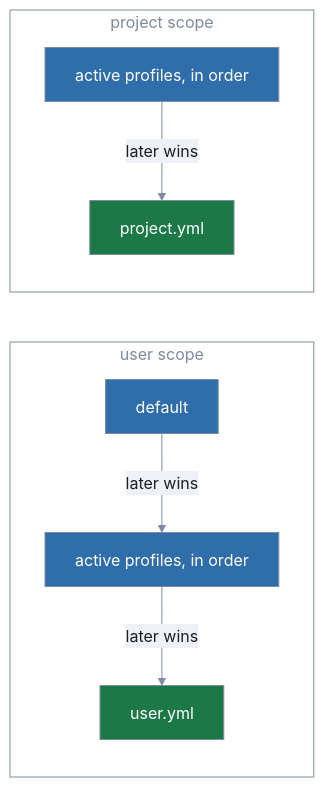
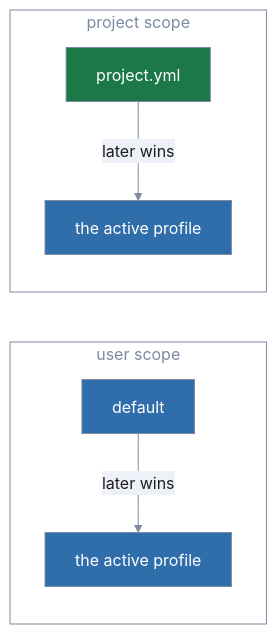
One commit to trevor-vaughan/lola-go changed the second of 4 diagrams in docs/decisions.md. Above: the diagram before and after it, drawn with Mermaid. The commit also changed other lines of this file and 301 other files, not shown here.

First line of the commit message:
feat(profile): one active profile over a base, picks, lola.yml catalogs and native-executable warnings

````diff
--- a/docs/decisions.md
+++ b/docs/decisions.md
@@ -207,29 +259,29 @@
 ```mermaid
 %%{init: {'theme': 'base', 'themeVariables': {
   'primaryColor': '#2f6dab',
   'primaryTextColor': '#1e1e1e',
   'primaryBorderColor': '#7c8ba1',
   'lineColor': '#7c8ba1',
   'edgeLabelBackground': '#eef2f8',
   'tertiaryColor': 'transparent',
   'tertiaryTextColor': '#7c8ba1',
   'tertiaryBorderColor': '#7c8ba1',
   'clusterBkg': 'transparent',
   'clusterBorder': '#7c8ba1',
   'titleColor': '#7c8ba1',
   'noteBkgColor': '#eef2f8',
   'noteTextColor': '#1e1e1e',
   'fontFamily': 'system-ui, sans-serif'
 }, 'themeCSS': '.node .nodeLabel{color:#ffffff!important;fill:#ffffff!important;}'}}%%
 flowchart LR
   subgraph userscope["user scope"]
-    D[default] -->|later wins| UP["active profiles, in order"] -->|later wins| U[user.yml]
+    D[default] -->|later wins| UP["the active profile"]
   end
   subgraph projectscope["project scope"]
-    PP["active profiles, in order"] -->|later wins| P[project.yml]
+    P[project.yml] -->|later wins| PP["the active profile"]
   end
   classDef sysA fill:#2f6dab,color:#ffffff,stroke:#7c8ba1
   classDef sysB fill:#1d7848,color:#ffffff,stroke:#7c8ba1
   class D,UP,PP sysA
-  class U,P sysB
+  class P sysB
 ```
````
